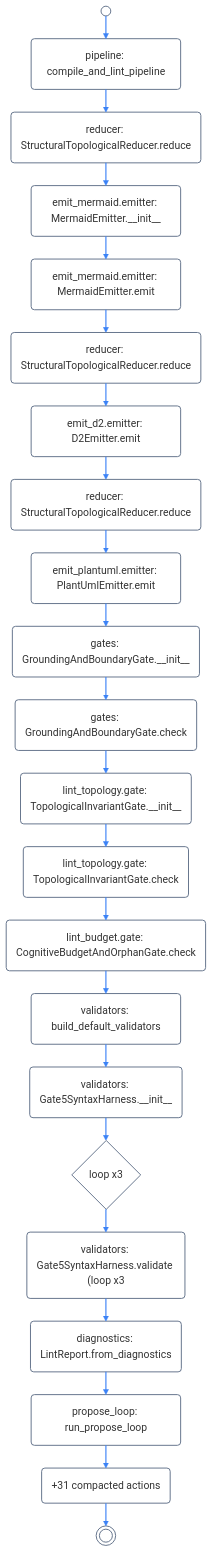
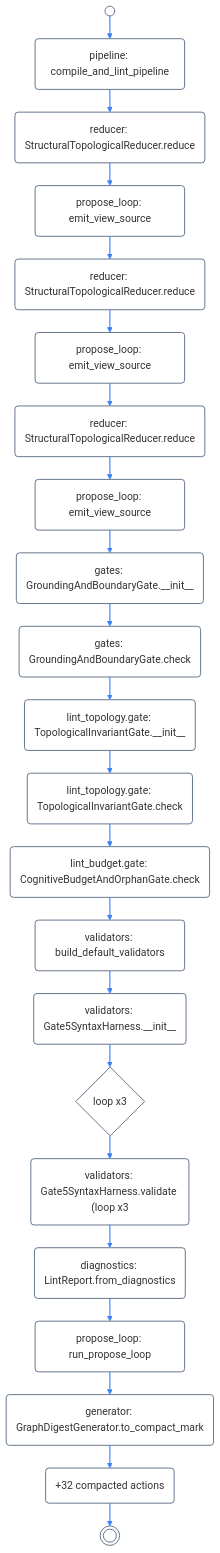
Before and after one commit to klcd/archigram: the seventh of 8 diagrams in docs/architecture/uml-and-curation-showcase.md, drawn with Mermaid. The commit also changed other lines of this file and 58 other files, not shown here.

Commit message:
fix(mcp): align preview emitter and preserve multi-view repair

````diff
--- a/docs/architecture/uml-and-curation-showcase.md
+++ b/docs/architecture/uml-and-curation-showcase.md
@@ -617,58 +613,58 @@
 ```mermaid
 ---
 config:
   layout: elk
   elk:
     mergeEdges: false
     nodePlacementStrategy: BRANDES_KOEPF
   flowchart:
     defaultRenderer: elk
     curve: linear
 ---
 flowchart TD
   classDef default fill:transparent,stroke:#64748b,stroke-width:1.5px
   act_start((" "))
   a0("pipeline: compile_and_lint_pipeline")
   a1("reducer: StructuralTopologicalReducer.reduce")
-  a2("emit_mermaid.emitter: MermaidEmitter.__init__")
-  a3("emit_mermaid.emitter: MermaidEmitter.emit")
-  a4("reducer: StructuralTopologicalReducer.reduce")
-  a5("emit_d2.emitter: D2Emitter.emit")
-  a6("reducer: StructuralTopologicalReducer.reduce")
-  a7("emit_plantuml.emitter: PlantUmlEmitter.emit")
-  a8("gates: GroundingAndBoundaryGate.__init__")
-  a9("gates: GroundingAndBoundaryGate.check")
-  a10("lint_topology.gate: TopologicalInvariantGate.__init__")
-  a11("lint_topology.gate: TopologicalInvariantGate.check")
-  a12("lint_budget.gate: CognitiveBudgetAndOrphanGate.check")
-  a13("validators: build_default_validators")
-  a14("validators: Gate5SyntaxHarness.__init__")
-  g15{"loop x3"}
-  a15("validators: Gate5SyntaxHarness.validate (loop x3")
-  a16("diagnostics: LintReport.from_diagnostics")
-  a17("propose_loop: run_propose_loop")
-  a_more("+31 compacted actions")
+  a2("propose_loop: emit_view_source")
+  a3("reducer: StructuralTopologicalReducer.reduce")
+  a4("propose_loop: emit_view_source")
+  a5("reducer: StructuralTopologicalReducer.reduce")
+  a6("propose_loop: emit_view_source")
+  a7("gates: GroundingAndBoundaryGate.__init__")
+  a8("gates: GroundingAndBoundaryGate.check")
+  a9("lint_topology.gate: TopologicalInvariantGate.__init__")
+  a10("lint_topology.gate: TopologicalInvariantGate.check")
+  a11("lint_budget.gate: CognitiveBudgetAndOrphanGate.check")
+  a12("validators: build_default_validators")
+  a13("validators: Gate5SyntaxHarness.__init__")
+  g14{"loop x3"}
+  a14("validators: Gate5SyntaxHarness.validate (loop x3")
+  a15("diagnostics: LintReport.from_diagnostics")
+  a16("propose_loop: run_propose_loop")
+  a17("generator: GraphDigestGenerator.to_compact_mark")
+  a_more("+32 compacted actions")
   act_stop(((" ")))
   act_start --> a0
   a0 --> a1
   a1 --> a2
   a2 --> a3
   a3 --> a4
   a4 --> a5
   a5 --> a6
   a6 --> a7
   a7 --> a8
   a8 --> a9
   a9 --> a10
   a10 --> a11
   a11 --> a12
   a12 --> a13
-  a13 --> a14
-  a14 --> g15
-  g15 --> a15
+  a13 --> g14
+  g14 --> a14
+  a14 --> a15
   a15 --> a16
   a16 --> a17
   a17 --> a_more
   a_more --> act_stop
   linkStyle 0,1,2,3,4,5,6,7,8,9,10,11,12,13,14,15,16,17,18,19,20 stroke:#3b82f6,stroke-width:1.75px
 ```
````
